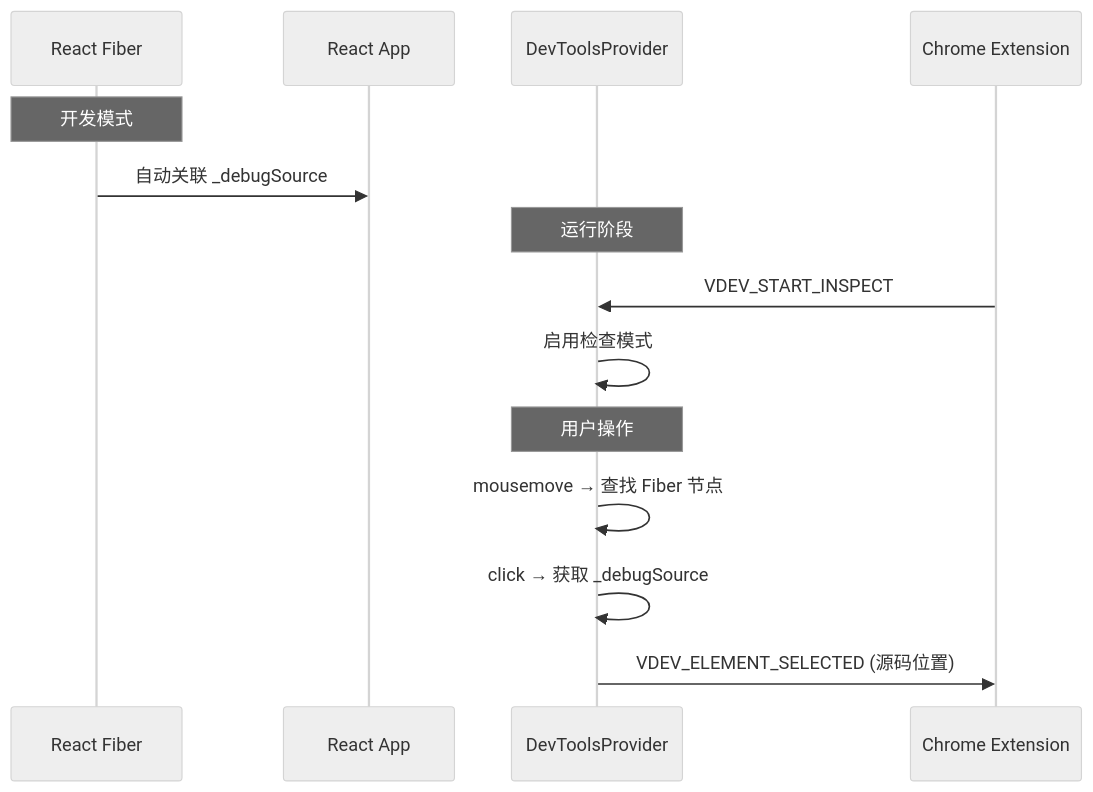
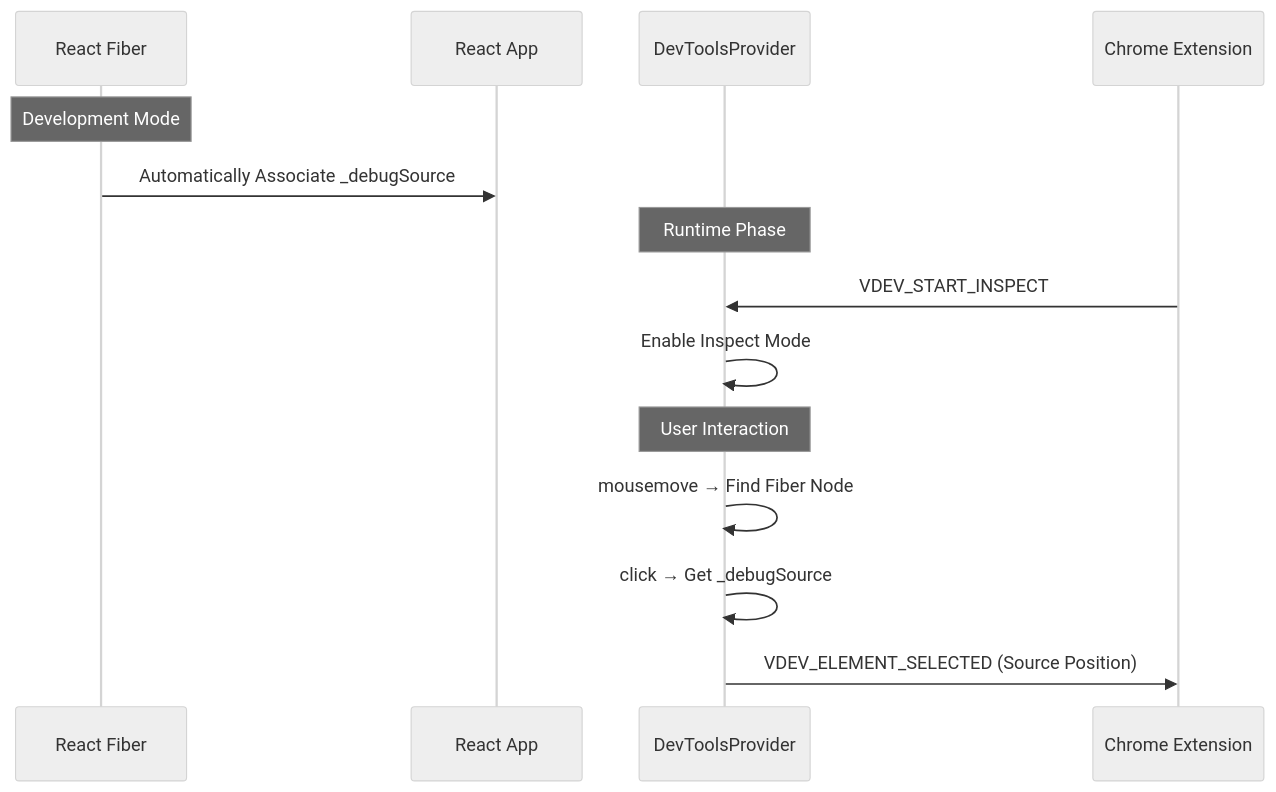
One commit to brucetoo/visual-agentic-dev changed the first of 3 diagrams in docs/ARCHITECTURE.md. Above: the diagram before and after it, drawn with Mermaid (neutral theme). The commit also changed other lines of this file and 3735 other files, not shown here.

````diff
--- a/docs/ARCHITECTURE.md
+++ b/docs/ARCHITECTURE.md
@@ -93,19 +93,19 @@
 ```mermaid
 sequenceDiagram
     participant Fiber as React Fiber
     participant App as React App
     participant Provider as DevToolsProvider
     participant Ext as Chrome Extension
 
-    Note over Fiber: 开发模式
-    Fiber->>App: 自动关联 _debugSource
+    Note over Fiber: Development Mode
+    Fiber->>App: Automatically Associate _debugSource
 
-    Note over Provider: 运行阶段
+    Note over Provider: Runtime Phase
     Ext->>Provider: VDEV_START_INSPECT
-    Provider->>Provider: 启用检查模式
+    Provider->>Provider: Enable Inspect Mode
     
-    Note over Provider: 用户操作
-    Provider->>Provider: mousemove → 查找 Fiber 节点
-    Provider->>Provider: click → 获取 _debugSource
-    Provider->>Ext: VDEV_ELEMENT_SELECTED (源码位置)
+    Note over Provider: User Interaction
+    Provider->>Provider: mousemove → Find Fiber Node
+    Provider->>Provider: click → Get _debugSource
+    Provider->>Ext: VDEV_ELEMENT_SELECTED (Source Position)
 ```
````
